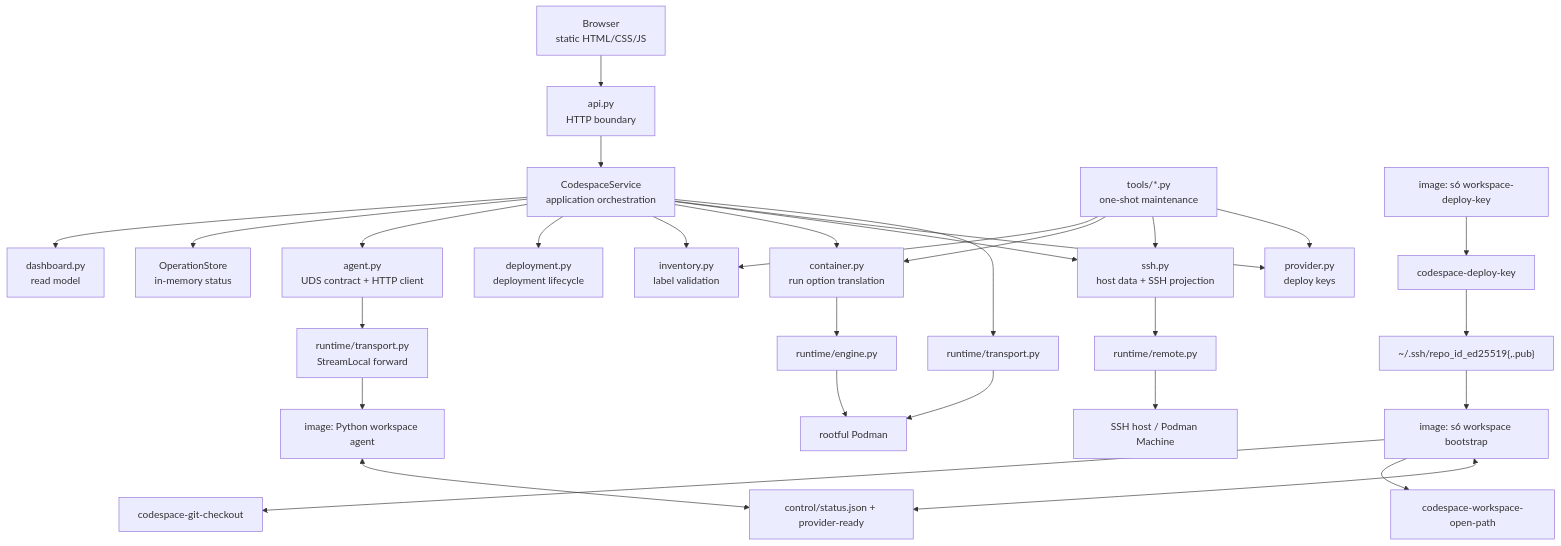
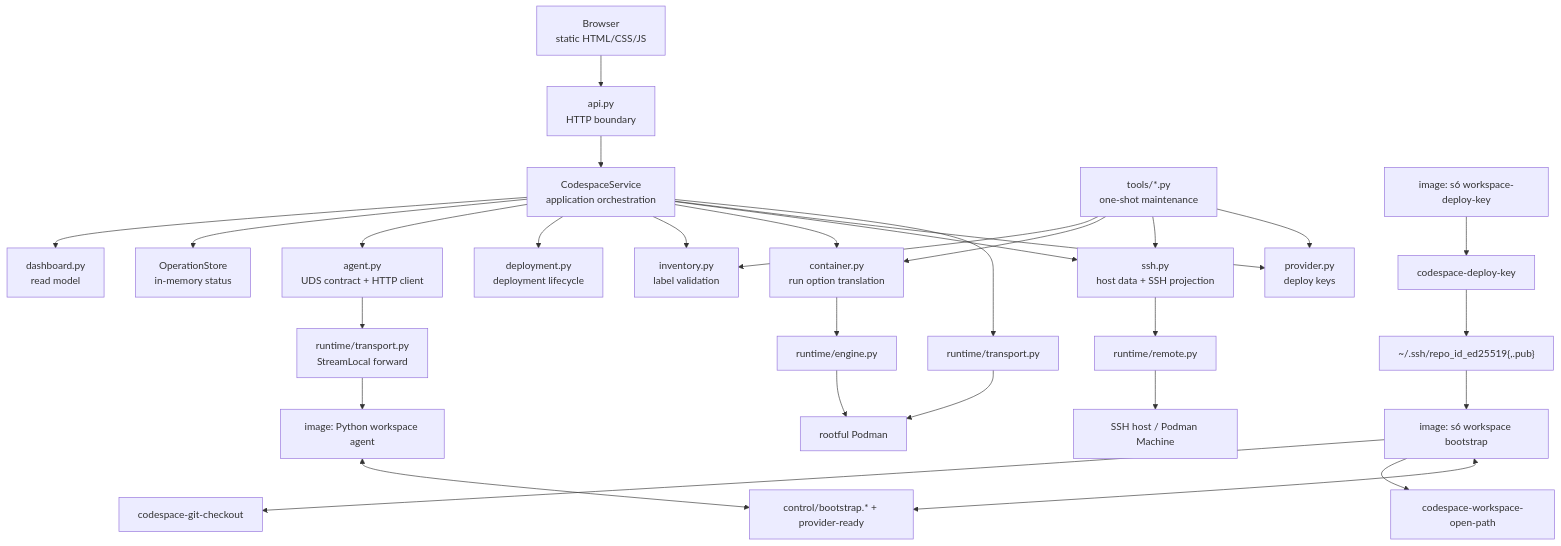
One commit to curoky/codespace changed the second of 9 diagrams in controller/DESIGN.md. Above: the diagram before and after it, drawn with Mermaid. The commit also changed other lines of this file and 28 other files, not shown here.

````diff
--- a/controller/DESIGN.md
+++ b/controller/DESIGN.md
@@ -54,34 +54,34 @@
 ```mermaid
 flowchart TB
     Browser["Browser<br/>static HTML/CSS/JS"] --> API["api.py<br/>HTTP boundary"]
     API --> Service["CodespaceService<br/>application orchestration"]
     Service --> Dashboard["dashboard.py<br/>read model"]
     Service --> Operations["OperationStore<br/>in-memory status"]
     Service --> Agent["agent.py<br/>UDS contract + HTTP client"]
     Service --> Deployment["deployment.py<br/>deployment lifecycle"]
     Service --> Inventory["inventory.py<br/>label validation"]
     Service --> Container["container.py<br/>run option translation"]
     Service --> SSH["ssh.py<br/>host data + SSH projection"]
     Service --> Provider["provider.py<br/>deploy keys"]
 
     CLI["tools/*.py<br/>one-shot maintenance"] --> Inventory
     CLI --> Container
     CLI --> SSH
     CLI --> Provider
 
     Container --> Engine["runtime/engine.py"]
     Agent --> Tunnel["runtime/transport.py<br/>StreamLocal forward"]
     Tunnel --> ImageAgent["image: Python workspace agent"]
     DeployKeyService["image: s6 workspace-deploy-key"] --> DeployKeyHelper["codespace-deploy-key"]
     DeployKeyHelper --> DeployKeyPair["~/.ssh/repo_id_ed25519{,.pub}"]
     DeployKeyPair --> ImageBootstrap["image: s6 workspace bootstrap"]
     ImageBootstrap --> CheckoutHelper["codespace-git-checkout"]
     ImageBootstrap --> OpenPathHelper["codespace-workspace-open-path"]
-    ImageAgent <--> BootstrapState["control/status.json + provider-ready"]
+    ImageAgent <--> BootstrapState["control/bootstrap.* + provider-ready"]
     ImageBootstrap <--> BootstrapState
     SSH --> Remote["runtime/remote.py"]
     Service --> Transport["runtime/transport.py"]
     Engine --> Podman["rootful Podman"]
     Transport --> Podman
     Remote --> Host["SSH host / Podman Machine"]
 ```
````
